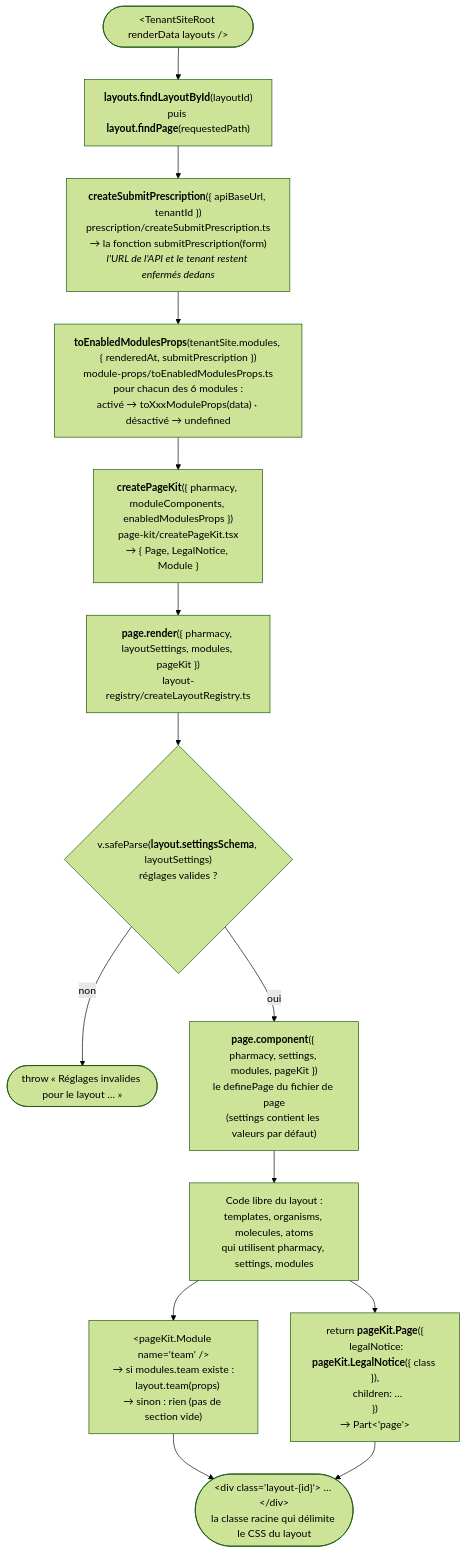
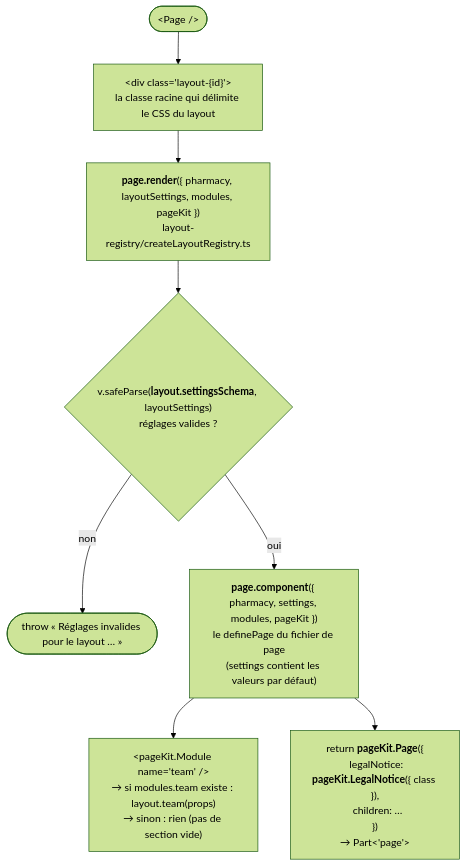
The fifth of 8 diagrams in app/engine/docs/fonctionnement-complet.md (BastienGRNT/crystal_pharm), drawn with Mermaid (forest theme) before and after one commit. The commit also changed other lines of this file and 70 other files, not shown here.

First line of the commit message:
refactor(renderer): un moteur pur, des layouts sans build et leur manifeste

````diff
--- a/app/engine/docs/fonctionnement-complet.md
+++ b/app/engine/docs/fonctionnement-complet.md
@@ -163,23 +149,10 @@
 ```mermaid
 flowchart TD
-    root(["&lt;TenantSiteRoot renderData layouts /&gt;"]) --> findLayout["<b>layouts.findLayoutById</b>(layoutId)<br/>puis <b>layout.findPage</b>(requestedPath)"]
-
-    findLayout --> submit["<b>createSubmitPrescription</b>({ apiBaseUrl, tenantId })<br/>prescription/createSubmitPrescription.ts<br/>→ la fonction submitPrescription(form)<br/><i>l'URL de l'API et le tenant restent enfermés dedans</i>"]
-
-    submit --> props["<b>toEnabledModulesProps</b>(tenantSite.modules, { renderedAt, submitPrescription })<br/>module-props/toEnabledModulesProps.ts<br/>pour chacun des 6 modules :<br/>activé → toXxxModuleProps(data) · désactivé → undefined"]
-
-    props --> kit["<b>createPageKit</b>({ pharmacy, moduleComponents, enabledModulesProps })<br/>page-kit/createPageKit.tsx<br/>→ { Page, LegalNotice, Module }"]
-
-    kit --> renderPage["<b>page.render</b>({ pharmacy, layoutSettings, modules, pageKit })<br/>layout-registry/createLayoutRegistry.ts"]
-
+    page(["&lt;Page /&gt;"]) --> wrap["&lt;div class='layout-{id}'&gt;<br/>la classe racine qui délimite le CSS du layout"]
+    wrap --> renderPage["<b>page.render</b>({ pharmacy, layoutSettings, modules, pageKit })<br/>layout-registry/createLayoutRegistry.ts"]
     renderPage --> settings{"v.safeParse(<b>layout.settingsSchema</b>, layoutSettings)<br/>réglages valides ?"}
     settings -- non --> settingsError(["throw « Réglages invalides pour le layout … »"])
     settings -- oui --> component["<b>page.component</b>({ pharmacy, settings, modules, pageKit })<br/>le definePage du fichier de page<br/>(settings contient les valeurs par défaut)"]
-
-    component --> layoutCode["Code libre du layout :<br/>templates, organisms, molecules, atoms<br/>qui utilisent pharmacy, settings, modules"]
-    layoutCode --> moduleSlot["&lt;pageKit.Module name='team' /&gt;<br/>→ si modules.team existe :<br/>   layout.team(props)<br/>→ sinon : rien (pas de section vide)"]
-    layoutCode --> pageCall["return <b>pageKit.Page</b>({<br/>  legalNotice: <b>pageKit.LegalNotice</b>({ class }),<br/>  children: …<br/>})<br/>→ Part&lt;'page'&gt;"]
-
-    moduleSlot --> wrap
-    pageCall --> wrap(["&lt;div class='layout-{id}'&gt; … &lt;/div&gt;<br/>la classe racine qui délimite le CSS du layout"])
+    component --> moduleSlot["&lt;pageKit.Module name='team' /&gt;<br/>→ si modules.team existe : layout.team(props)<br/>→ sinon : rien (pas de section vide)"]
+    component --> pageCall["return <b>pageKit.Page</b>({<br/>  legalNotice: <b>pageKit.LegalNotice</b>({ class }),<br/>  children: …<br/>})<br/>→ Part&lt;'page'&gt;"]
 ```
````
